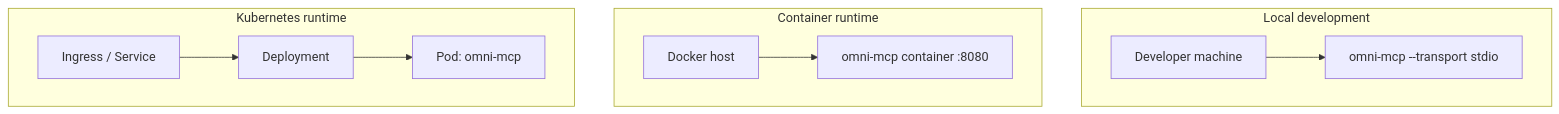
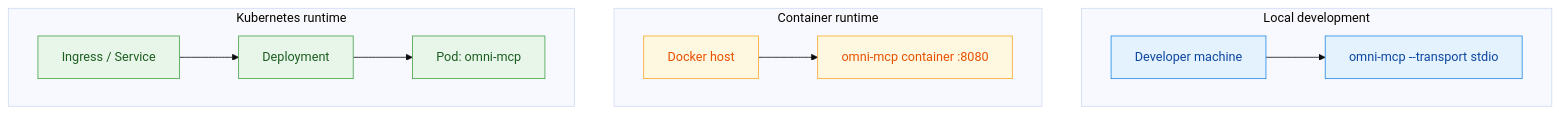
Before and after one commit to cloudsteak/omni-mcp: the third of 3 diagrams in docs/ARCHITECTURE.md, drawn with Mermaid. The commit also changed other lines of this file and 1 other file, not shown here.

Commit message:
feat: enhance Mermaid diagrams with improved styling and structure

````diff
--- a/docs/ARCHITECTURE.md
+++ b/docs/ARCHITECTURE.md
@@ -50,21 +72,30 @@
 ```mermaid
+%%{init: {"theme": "base"}}%%
 flowchart TD
     subgraph Local[Local development]
         L1[Developer machine]
         L2[omni-mcp --transport stdio]
         L1 --> L2
     end
 
     subgraph Docker[Container runtime]
         D1[Docker host]
         D2[omni-mcp container :8080]
         D1 --> D2
     end
 
     subgraph K8s[Kubernetes runtime]
         K1[Ingress / Service]
         K2[Deployment]
         K3[Pod: omni-mcp]
         K1 --> K2 --> K3
     end
+
+    classDef local fill:#E3F2FD,stroke:#1E88E5,color:#0D47A1,stroke-width:1px;
+    classDef docker fill:#FFF8E1,stroke:#F9A825,color:#E65100,stroke-width:1px;
+    classDef k8s fill:#E8F5E9,stroke:#43A047,color:#1B5E20,stroke-width:1px;
+
+    class L1,L2 local;
+    class D1,D2 docker;
+    class K1,K2,K3 k8s;
 ```
````
